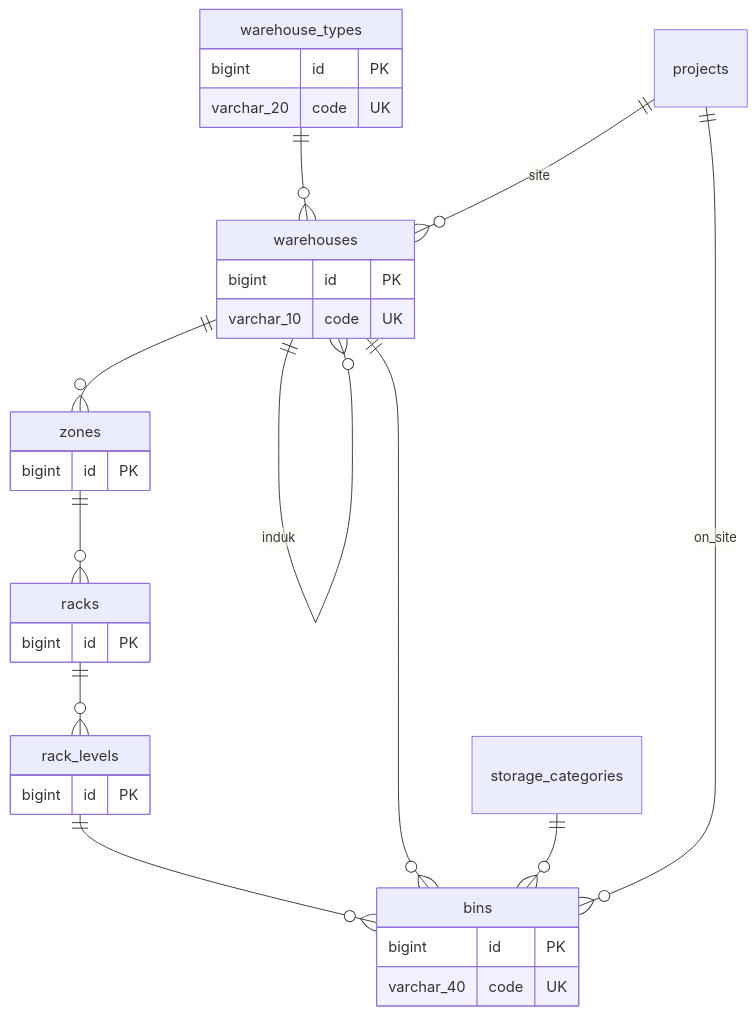
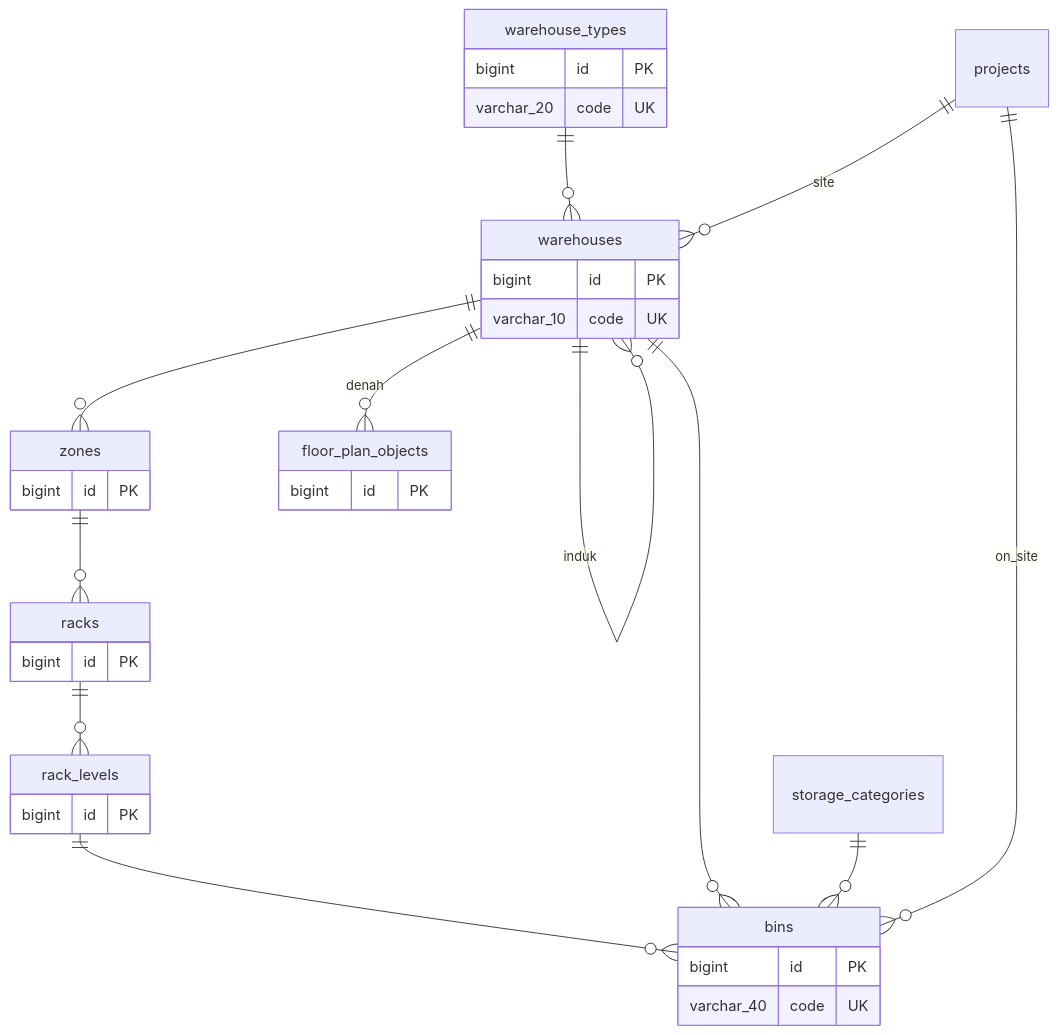
The fourth of 4 diagrams in docs/wms/08a-model-data-inti.md (HengkyDarmawan/wms), drawn with Mermaid before and after one commit. The commit also changed other lines of this file and 168 other files, not shown here.

````diff
--- a/docs/wms/08a-model-data-inti.md
+++ b/docs/wms/08a-model-data-inti.md
@@ -393,34 +393,38 @@
 ```mermaid
 erDiagram
   warehouse_types {
     bigint id PK
     varchar_20 code UK
   }
   warehouses {
     bigint id PK
     varchar_10 code UK
   }
   zones {
+    bigint id PK
+  }
+  floor_plan_objects {
     bigint id PK
   }
   racks {
     bigint id PK
   }
   rack_levels {
     bigint id PK
   }
   bins {
     bigint id PK
     varchar_40 code UK
   }
   warehouse_types ||--o{ warehouses : " "
   warehouses ||--o{ warehouses : "induk"
   warehouses ||--o{ zones : " "
+  warehouses ||--o{ floor_plan_objects : "denah"
   zones ||--o{ racks : " "
   racks ||--o{ rack_levels : " "
   rack_levels ||--o{ bins : " "
   warehouses ||--o{ bins : " "
   storage_categories ||--o{ bins : " "
   projects ||--o{ warehouses : "site"
   projects ||--o{ bins : "on_site"
 ```
````
